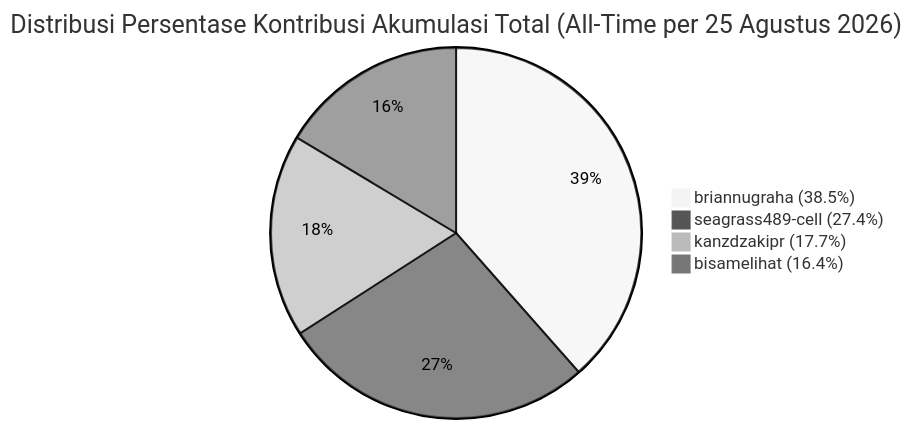
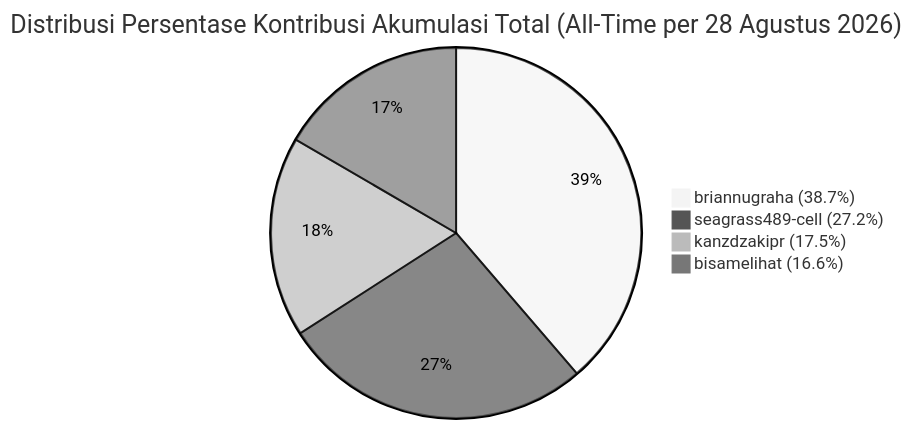
Before and after one commit to kanzdzakipr/ServicePlan-BRA: the first of 3 diagrams in KONTRIBUSI_TIM.md, drawn with Mermaid (neutral theme). The commit also changed other lines of this file, not shown here.

Commit message:
update kontribusi tim per 28 agustus (close term 2)

````diff
--- a/KONTRIBUSI_TIM.md
+++ b/KONTRIBUSI_TIM.md
@@ -75,7 +92,7 @@
 ```mermaid
-pie title Distribusi Persentase Kontribusi Akumulasi Total (All-Time per 25 Agustus 2026)
-    "briannugraha (38.5%)" : 38.5
-    "seagrass489-cell (27.4%)" : 27.4
-    "kanzdzakipr (17.7%)" : 17.7
-    "bisamelihat (16.4%)" : 16.4
+pie title Distribusi Persentase Kontribusi Akumulasi Total (All-Time per 28 Agustus 2026)
+    "briannugraha (38.7%)" : 38.7
+    "seagrass489-cell (27.2%)" : 27.2
+    "kanzdzakipr (17.5%)" : 17.5
+    "bisamelihat (16.6%)" : 16.6
 ```
````
